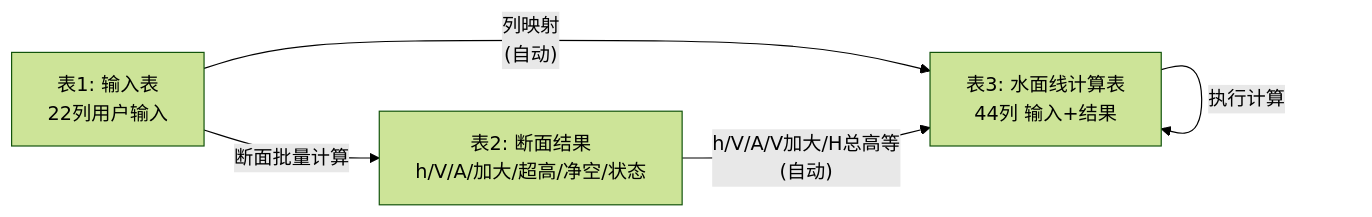
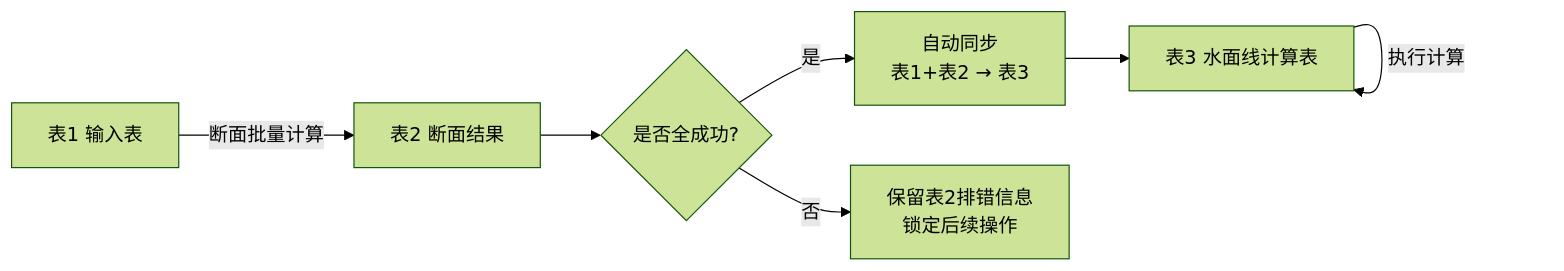
Before and after one commit to lsj19940827-eng/V1.0: the second of 3 diagrams in docs/PRD_合并批量计算与水面线面板.md, drawn with Mermaid (forest theme). The commit also changed other lines of this file and 56 other files, not shown here.

````diff
--- a/docs/PRD_合并批量计算与水面线面板.md
+++ b/docs/PRD_合并批量计算与水面线面板.md
@@ -23,9 +38,11 @@
 ```mermaid
 flowchart LR
-    T1["表1: 输入表\n22列用户输入"] -->|"断面批量计算"| T2["表2: 断面结果\nh/V/A/加大/超高/净空/状态"]
-    T1 -->|"列映射\n(自动)"| T3["表3: 水面线计算表\n44列 输入+结果"]
-    T2 -->|"h/V/A/V加大/H总高等\n(自动)"| T3
+    T1["表1 输入表"] -->|"断面批量计算"| T2["表2 断面结果"]
+    T2 --> G{"是否全成功?"}
+    G -->|是| S["自动同步\n表1+表2 → 表3"]
+    G -->|否| L["保留表2排错信息\n锁定后续操作"]
+    S --> T3["表3 水面线计算表"]
     T3 -->|"插入渐变段"| T3
     T3 -->|"倒虹吸/有压管道计算"| T3
     T3 -->|"执行计算"| T3
 ```
````
